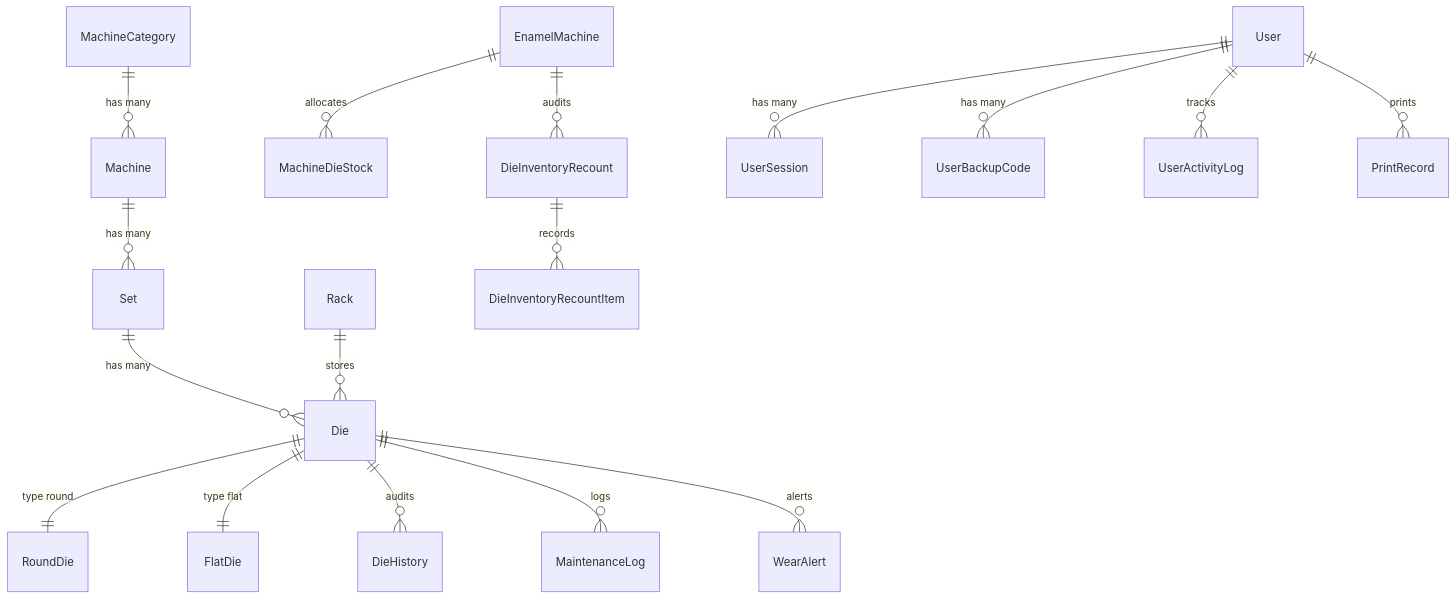
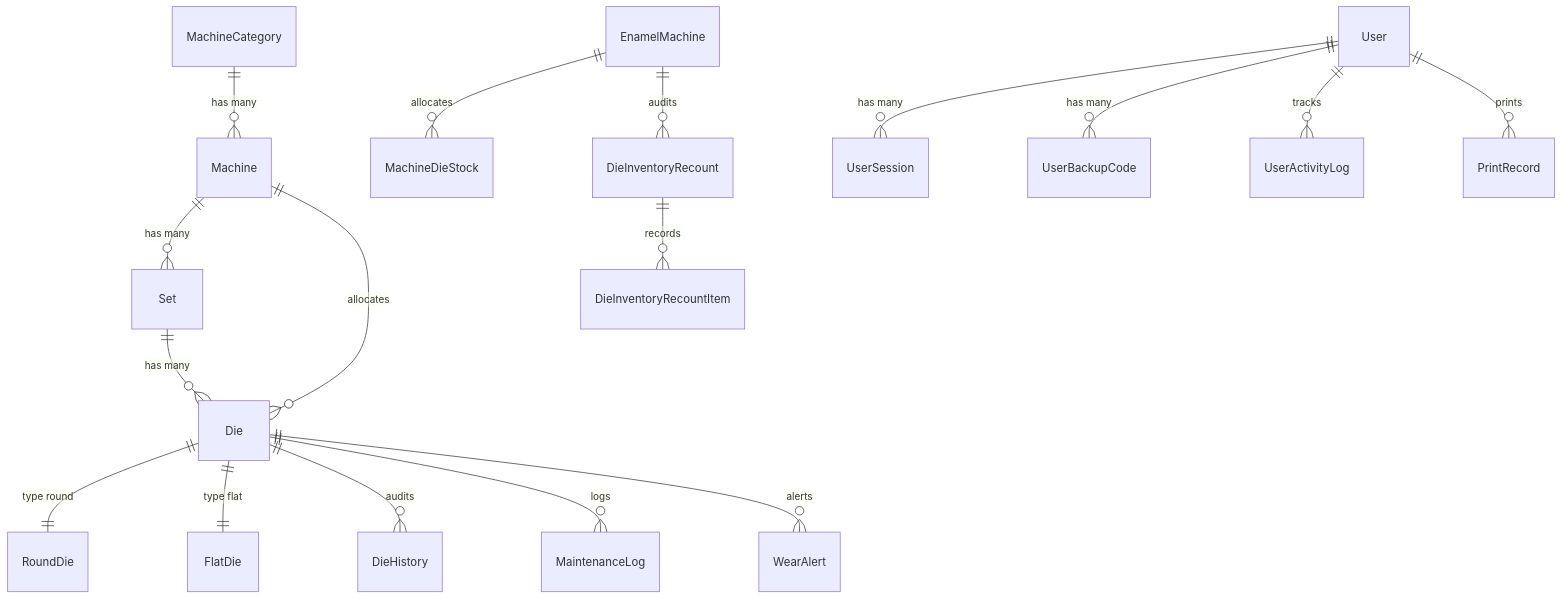
Before and after one commit to sauryah/TMS: the diagram in .dev/architecture/database.md, drawn with Mermaid. The commit also changed other lines of this file and 14 other files, not shown here.

````diff
--- a/.dev/architecture/database.md
+++ b/.dev/architecture/database.md
@@ -10,19 +10,19 @@
 ```mermaid
 erDiagram
     MachineCategory ||--o{ Machine : "has many"
     Machine ||--o{ Set : "has many"
+    Machine ||--o{ Die : "allocates"
     Set ||--o{ Die : "has many"
-    Rack ||--o{ Die : "stores"
     Die ||--|| RoundDie : "type round"
     Die ||--|| FlatDie : "type flat"
     Die ||--o{ DieHistory : "audits"
     Die ||--o{ MaintenanceLog : "logs"
     Die ||--o{ WearAlert : "alerts"
     EnamelMachine ||--o{ MachineDieStock : "allocates"
     EnamelMachine ||--o{ DieInventoryRecount : "audits"
     DieInventoryRecount ||--o{ DieInventoryRecountItem : "records"
     User ||--o{ UserSession : "has many"
     User ||--o{ UserBackupCode : "has many"
     User ||--o{ UserActivityLog : "tracks"
     User ||--o{ PrintRecord : "prints"
 ```
````
